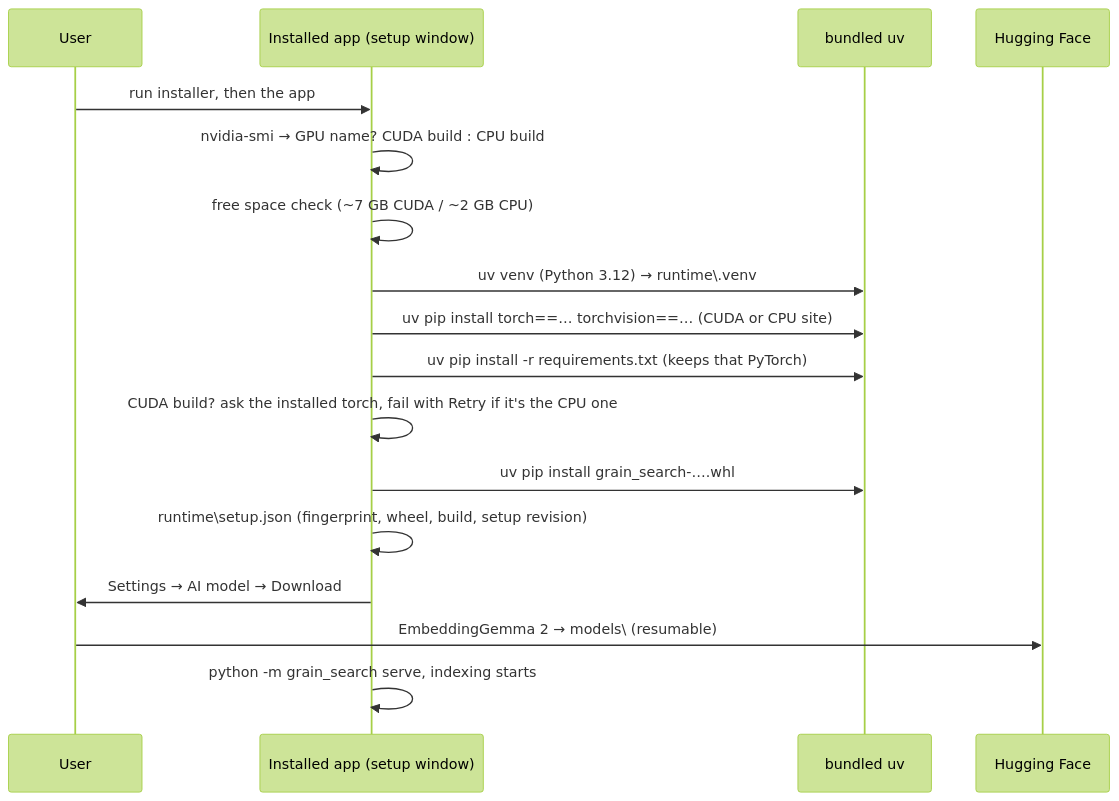
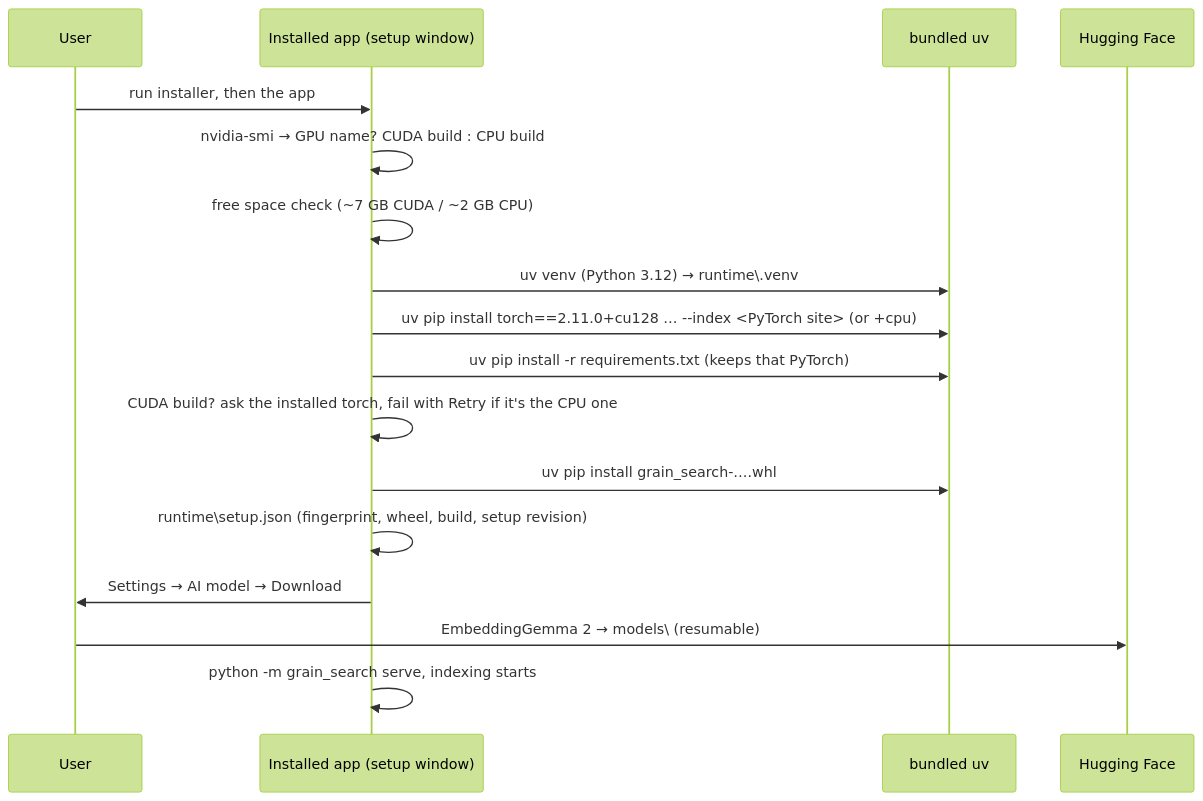
The seventh of 7 diagrams in docs/architecture.md (saifu7/grain-search), drawn with Mermaid (forest theme) before and after one commit. The commit also changed other lines of this file and 1 other file, not shown here.

Commit message:
Fix/setup cuda order (#25)

````diff
--- a/docs/architecture.md
+++ b/docs/architecture.md
@@ -362,19 +362,19 @@
 ```mermaid
 sequenceDiagram
     participant U as User
     participant A as Installed app (setup window)
     participant UV as bundled uv
     participant HF as Hugging Face
     U->>A: run installer, then the app
     A->>A: nvidia-smi → GPU name? CUDA build : CPU build
     A->>A: free space check (~7 GB CUDA / ~2 GB CPU)
     A->>UV: uv venv (Python 3.12) → runtime\.venv
-    A->>UV: uv pip install torch==… torchvision==… (CUDA or CPU site)
+    A->>UV: uv pip install torch==2.11.0+cu128 … --index <PyTorch site> (or +cpu)
     A->>UV: uv pip install -r requirements.txt (keeps that PyTorch)
     A->>A: CUDA build? ask the installed torch, fail with Retry if it's the CPU one
     A->>UV: uv pip install grain_search-….whl
     A->>A: runtime\setup.json (fingerprint, wheel, build, setup revision)
     A->>U: Settings → AI model → Download
     U->>HF: EmbeddingGemma 2 → models\ (resumable)
     A->>A: python -m grain_search serve, indexing starts
 ```
````
